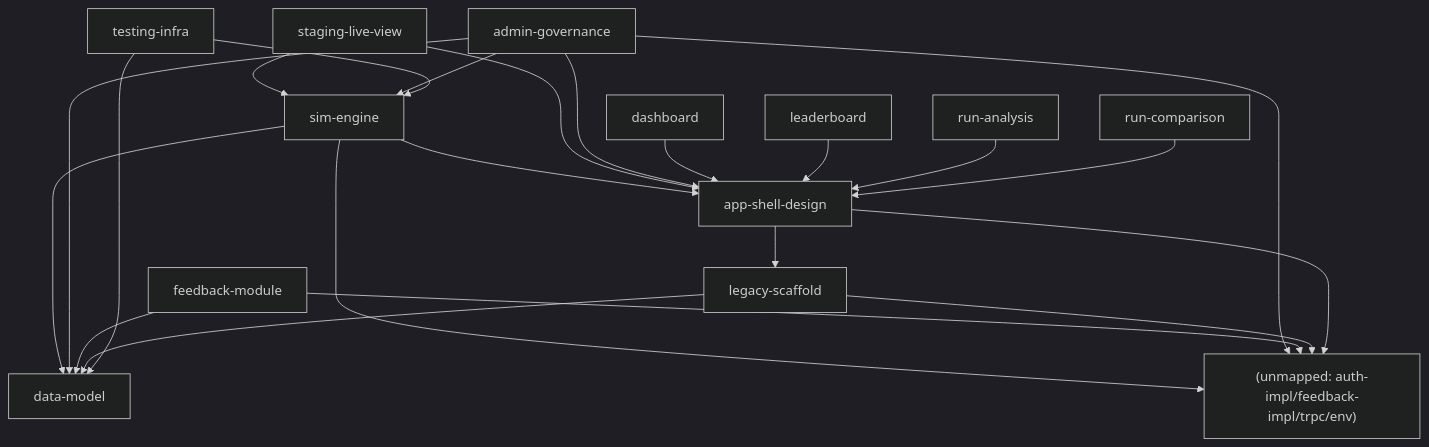
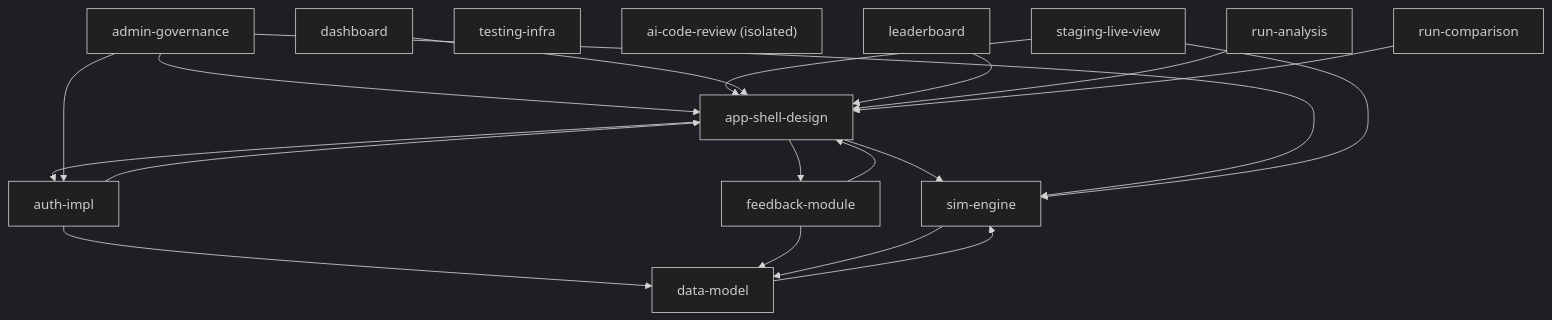
The diagram in context/map/repo-map.md (kris1617/swarm-arena), drawn with Mermaid (dark theme) before and after one commit. The commit also changed other lines of this file and 9 other files, not shown here.

````diff
--- a/context/map/repo-map.md
+++ b/context/map/repo-map.md
@@ -17,15 +17,15 @@
 ```mermaid
 graph TB
   sim["sim-engine"]; data["data-model"]; shell["app-shell-design"]
   stage["staging-live-view"]; admin["admin-governance"]; fb["feedback-module"]
-  legacy["legacy-scaffold"]; test["testing-infra"]; unm["(unmapped: auth-impl/feedback-impl/trpc/env)"]
+  auth["auth-impl"]; test["testing-infra"]; rev["ai-code-review"]
   dash["dashboard"]; lead["leaderboard"]; ra["run-analysis"]; rc["run-comparison"]
-  sim-->data; sim-->shell; sim-->unm
+  shell-->auth; shell-->fb; shell-->sim
+  auth-->shell; auth-->data
+  fb-->shell; fb-->data
+  sim-->data; data-->sim
+  admin-->shell; admin-->auth; admin-->sim
   stage-->sim; stage-->shell
-  admin-->sim; admin-->data; admin-->shell; admin-->unm
-  fb-->data; fb-->unm
-  legacy-->data; legacy-->unm
-  test-->sim; test-->data
-  shell-->legacy; shell-->unm
   dash-->shell; lead-->shell; ra-->shell; rc-->shell
+  rev["ai-code-review (isolated)"]
 ```
````
